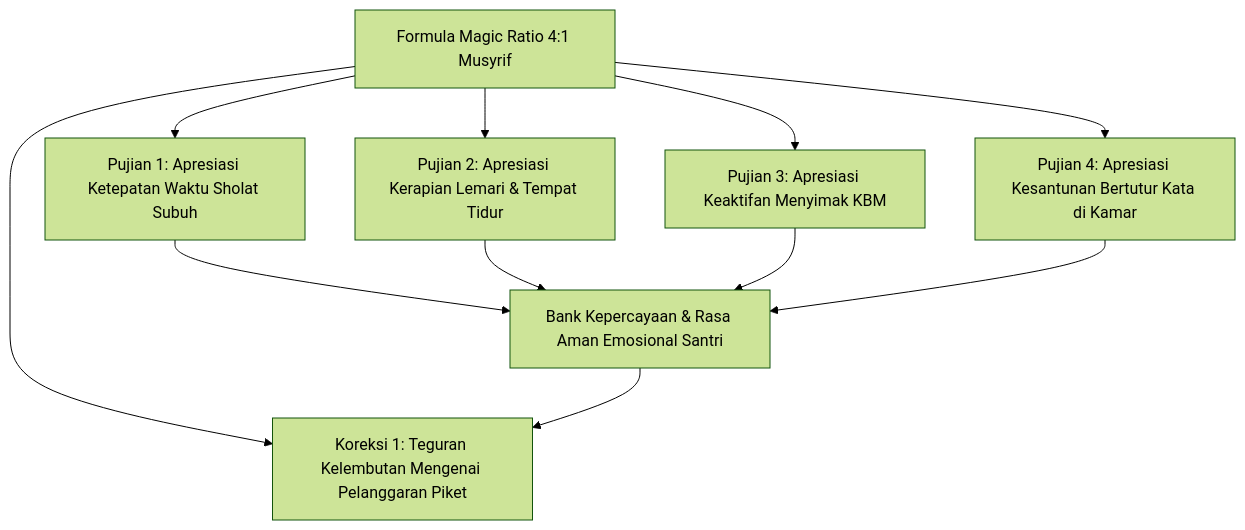
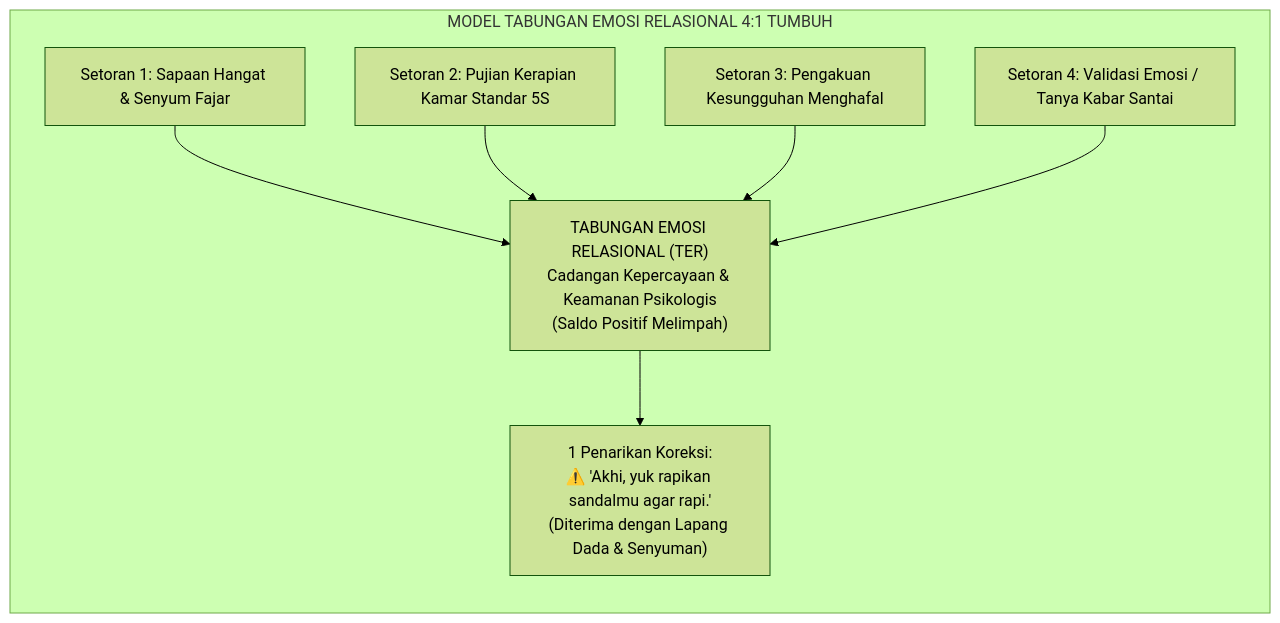
The first of 2 diagrams in 08 Integrated Approaches/01 PBIS/P8-01-03-Matriks-Penguatan-Positif-dan-Magic-Ratio-4-1.md (wandiapriliyandi/tumbuh), drawn with Mermaid (forest theme) before and after one commit. The commit also changed other lines of this file and 3 other files, not shown here.

````diff
--- a/08 Integrated Approaches/01 PBIS/P8-01-03-Matriks-Penguatan-Positif-dan-Magic-Ratio-4-1.md
+++ b/08 Integrated Approaches/01 PBIS/P8-01-03-Matriks-Penguatan-Positif-dan-Magic-Ratio-4-1.md
@@ -14,12 +28,10 @@
 ```mermaid
-graph TD
-    MagicRatioFlow["Formula Magic Ratio 4:1 Musyrif"]
-    MagicRatioFlow --> P1["Pujian 1: Apresiasi Ketepatan Waktu Sholat Subuh"]
-    MagicRatioFlow --> P2["Pujian 2: Apresiasi Kerapian Lemari & Tempat Tidur"]
-    MagicRatioFlow --> P3["Pujian 3: Apresiasi Keaktifan Menyimak KBM"]
-    MagicRatioFlow --> P4["Pujian 4: Apresiasi Kesantunan Bertutur Kata di Kamar"]
-    MagicRatioFlow --> C1["Koreksi 1: Teguran Kelembutan Mengenai Pelanggaran Piket"]
-
-    P1 & P2 & P3 & P4 --> TrustBank["Bank Kepercayaan & Rasa Aman Emosional Santri"]
-    TrustBank --> C1
+flowchart LR
+    subgraph EmotionalBankModel["MODEL TABUNGAN EMOSI RELASIONAL 4:1 TUMBUH"]
+        D1["Setoran 1: Sapaan Hangat & Senyum Fajar"] --> Bank["TABUNGAN EMOSI RELASIONAL (TER)<br/>Cadangan Kepercayaan & Keamanan Psikologis<br/>(Saldo Positif Melimpah)"]
+        D2["Setoran 2: Pujian Kerapian Kamar Standar 5S"] --> Bank
+        D3["Setoran 3: Pengakuan Kesungguhan Menghafal"] --> Bank
+        D4["Setoran 4: Validasi Emosi / Tanya Kabar Santai"] --> Bank
+        Bank --> W1["1 Penarikan Koreksi:<br/>⚠️ 'Akhi, yuk rapikan sandalmu agar rapi.'<br/>(Diterima dengan Lapang Dada & Senyuman)"]
+    end
 ```
````
